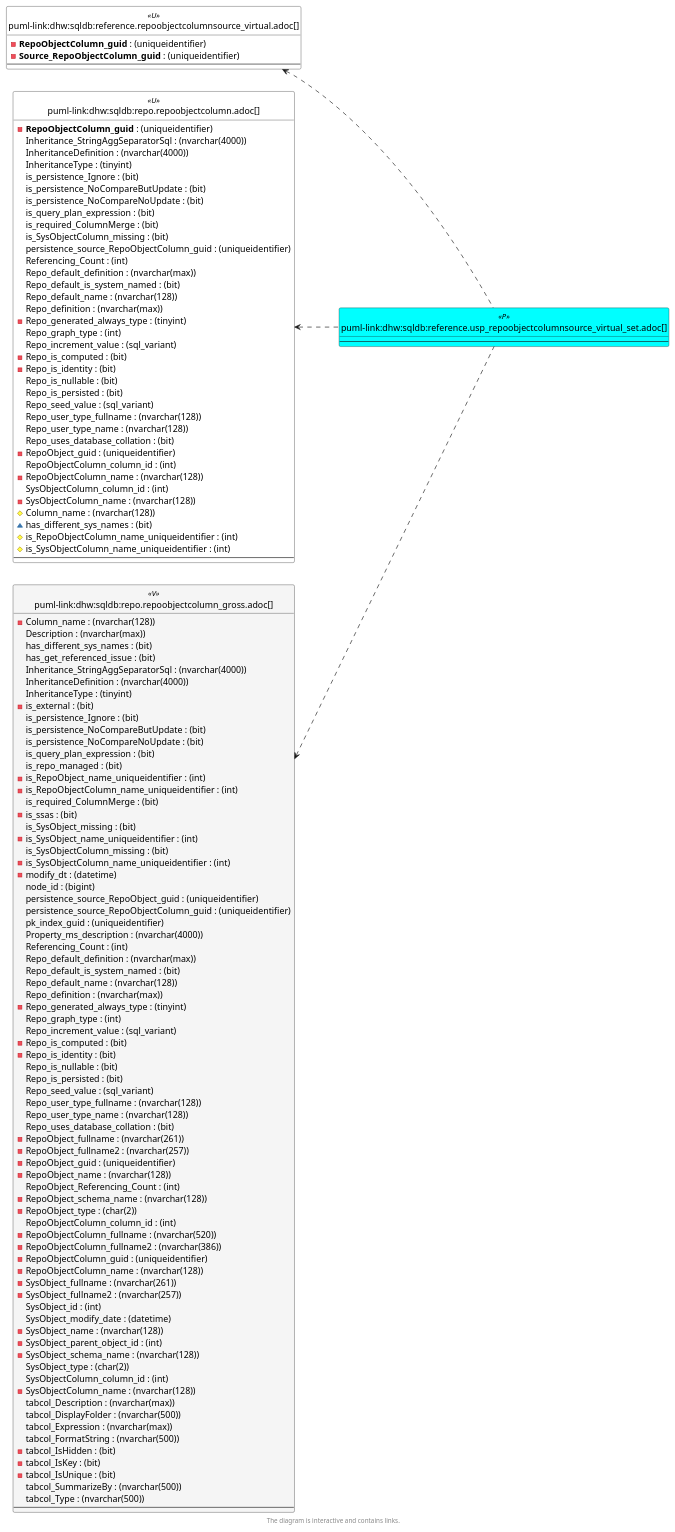
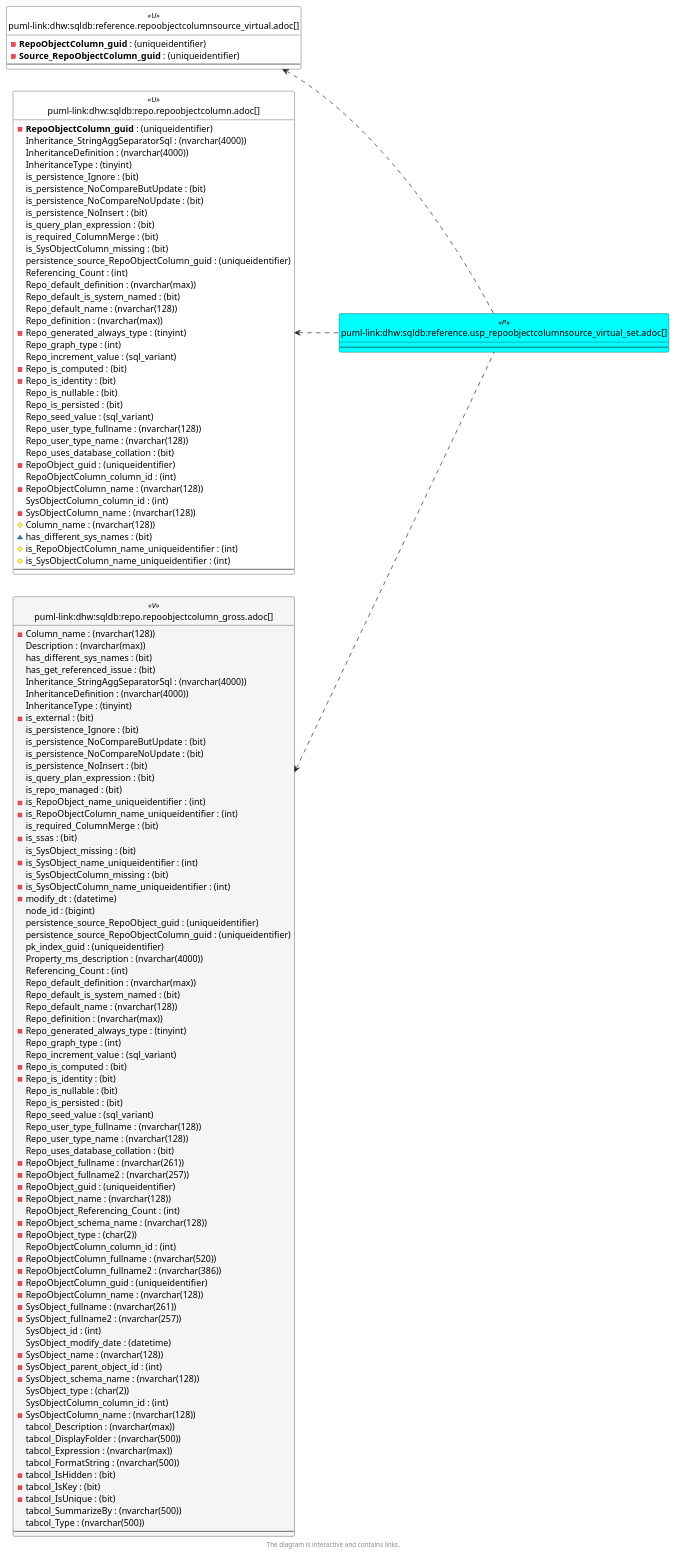
Before and after one commit to DataHandwerk/dhw-antora-sqldb: the sixth of 6 diagrams in docs/modules/sqldb/partials/content/reference.usp_repoobjectcolumnsource_virtual_set.adoc, drawn with PlantUML. The commit also changed 701 other files, not shown here.

```diff
--- a/docs/modules/sqldb/partials/content/reference.usp_repoobjectcolumnsource_virtual_set.adoc
+++ b/docs/modules/sqldb/partials/content/reference.usp_repoobjectcolumnsource_virtual_set.adoc
@@ -1188,6 +1188,7 @@
   is_persistence_Ignore : (bit)
   is_persistence_NoCompareButUpdate : (bit)
   is_persistence_NoCompareNoUpdate : (bit)
+  is_persistence_NoInsert : (bit)
   is_query_plan_expression : (bit)
   is_required_ColumnMerge : (bit)
   is_SysObjectColumn_missing : (bit)
@@ -1232,6 +1233,7 @@
   is_persistence_Ignore : (bit)
   is_persistence_NoCompareButUpdate : (bit)
   is_persistence_NoCompareNoUpdate : (bit)
+  is_persistence_NoInsert : (bit)
   is_query_plan_expression : (bit)
   is_repo_managed : (bit)
   - is_RepoObject_name_uniqueidentifier : (int)
```
